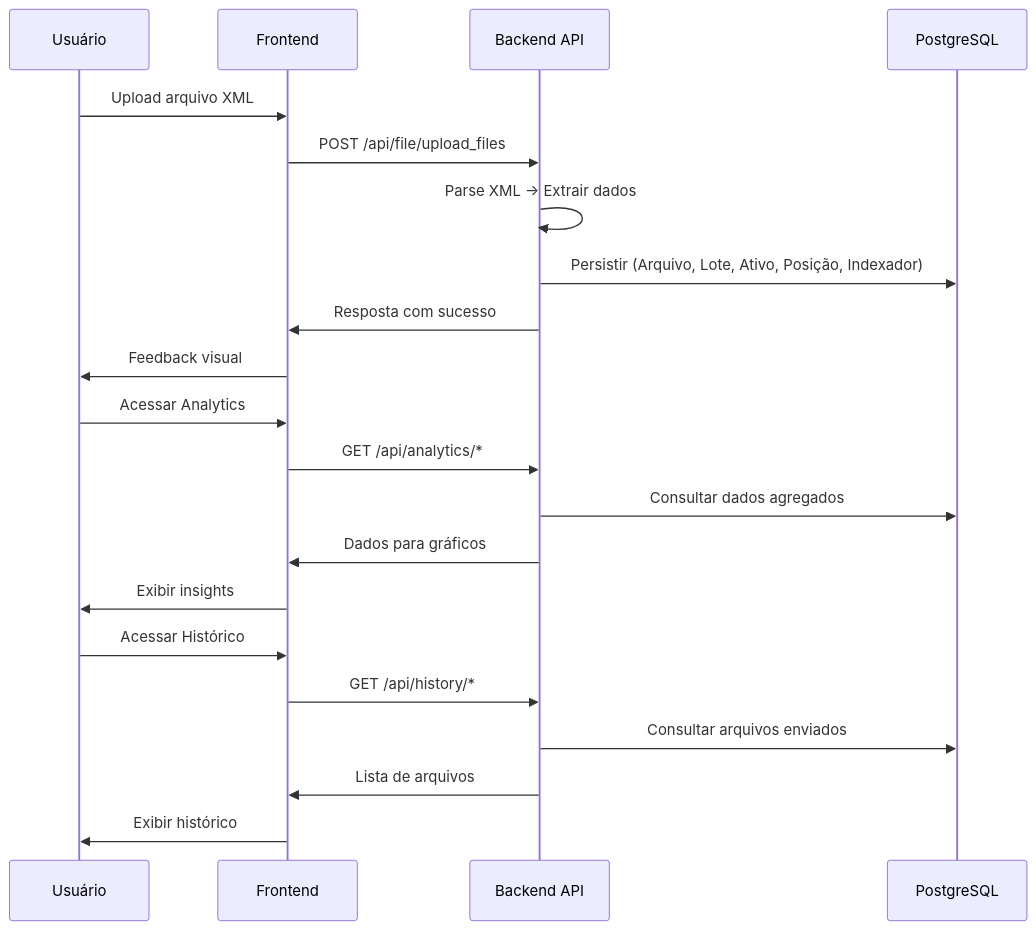
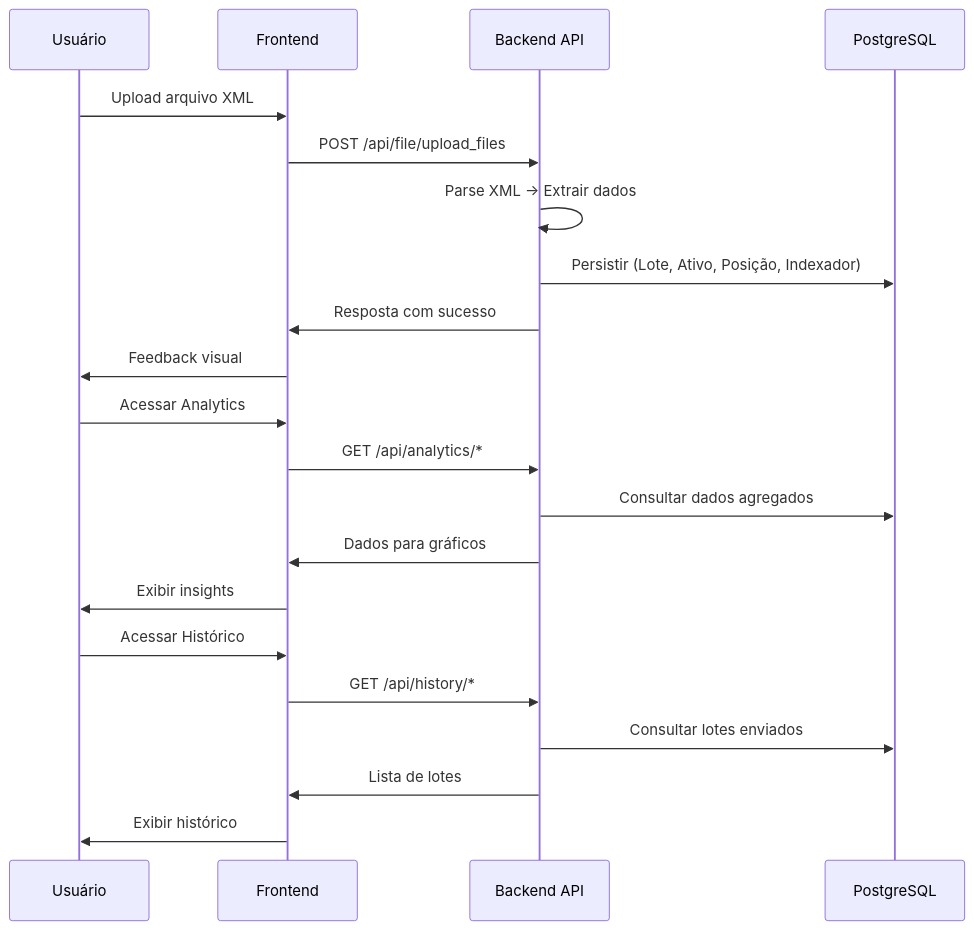
The diagram in README.md (lucaspbueno/fundsys_projetct), drawn with Mermaid before and after one commit. The commit also changed other lines of this file, not shown here.

Commit message:
docs: atualiza README.md para refletir mudanças no histórico de arquivos, renomeando para histórico de lotes e ajustando endpoints relacionados

````diff
--- a/README.md
+++ b/README.md
@@ -95,26 +91,26 @@
 ```mermaid
 sequenceDiagram
     participant U as Usuário
     participant F as Frontend
     participant B as Backend API
     participant DB as PostgreSQL
 
     U->>F: Upload arquivo XML
     F->>B: POST /api/file/upload_files
     B->>B: Parse XML → Extrair dados
-    B->>DB: Persistir (Arquivo, Lote, Ativo, Posição, Indexador)
+    B->>DB: Persistir (Lote, Ativo, Posição, Indexador)
     B->>F: Resposta com sucesso
     F->>U: Feedback visual
     
     U->>F: Acessar Analytics
     F->>B: GET /api/analytics/*
     B->>DB: Consultar dados agregados
     B->>F: Dados para gráficos
     F->>U: Exibir insights
     
     U->>F: Acessar Histórico
     F->>B: GET /api/history/*
-    B->>DB: Consultar arquivos enviados
-    B->>F: Lista de arquivos
+    B->>DB: Consultar lotes enviados
+    B->>F: Lista de lotes
     F->>U: Exibir histórico
 ```
````
